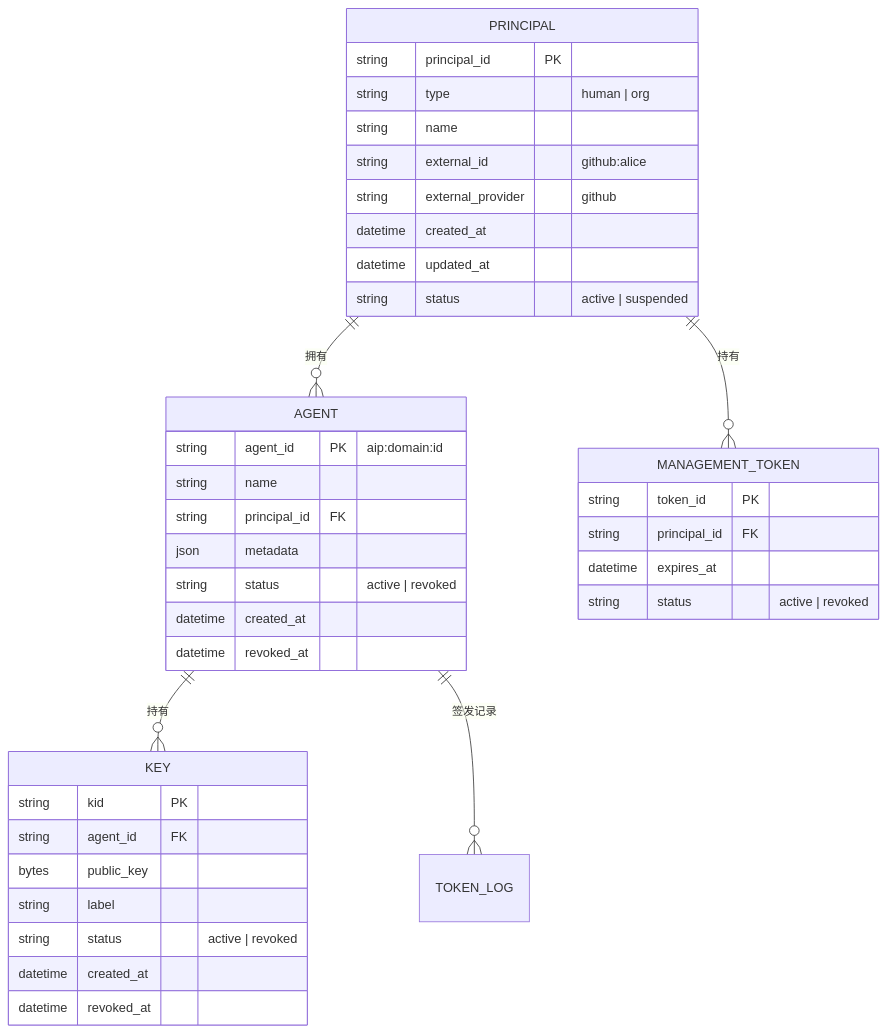
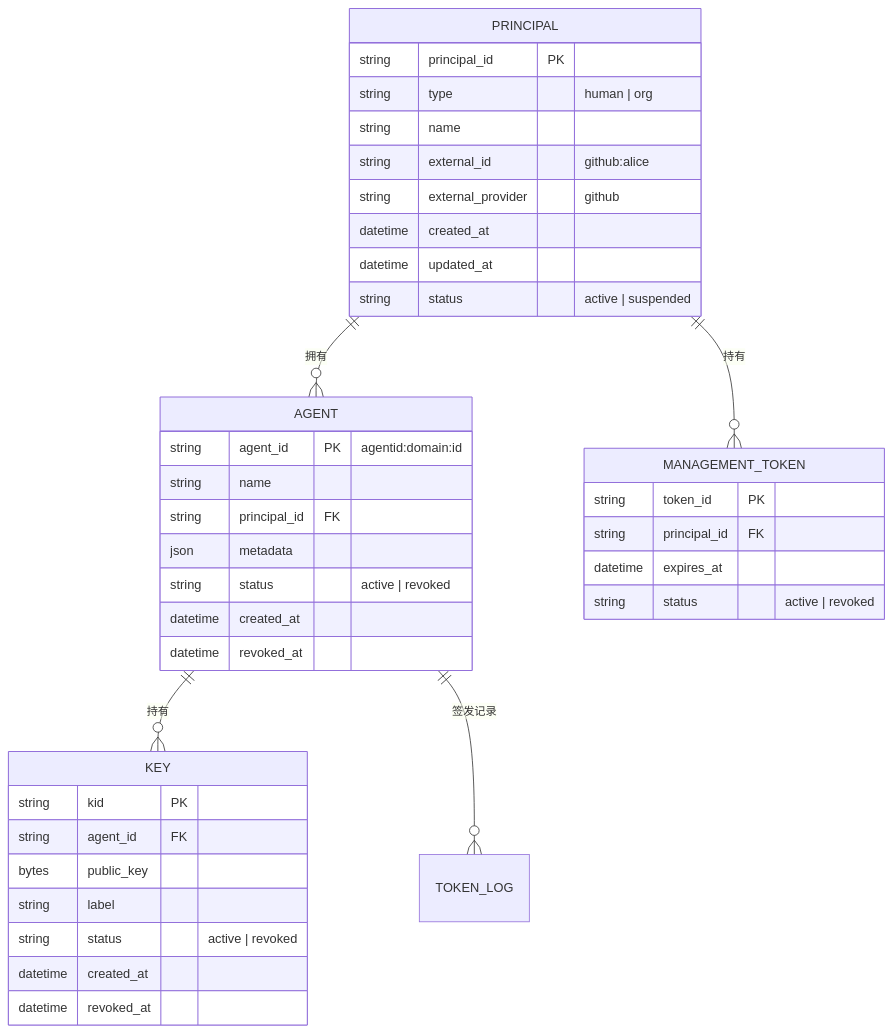
The second of 6 diagrams in design/2026-03-31-idp-implementation-guide.zh.md (agentscope-ai/agent-identity), drawn with Mermaid before and after one commit. The commit also changed other lines of this file and 12 other files, not shown here.

First line of the commit message:
URN scheme: aip:* → agentid:*

````diff
--- a/design/2026-03-31-idp-implementation-guide.zh.md
+++ b/design/2026-03-31-idp-implementation-guide.zh.md
@@ -466,45 +466,45 @@
 ```mermaid
 erDiagram
     PRINCIPAL ||--o{ AGENT : "拥有"
     AGENT ||--o{ KEY : "持有"
     AGENT ||--o{ TOKEN_LOG : "签发记录"
     PRINCIPAL ||--o{ MANAGEMENT_TOKEN : "持有"
 
     PRINCIPAL {
         string principal_id PK
         string type "human | org"
         string name
         string external_id "github:alice"
         string external_provider "github"
         datetime created_at
         datetime updated_at
         string status "active | suspended"
     }
 
     AGENT {
-        string agent_id PK "aip:domain:id"
+        string agent_id PK "agentid:domain:id"
         string name
         string principal_id FK
         json metadata
         string status "active | revoked"
         datetime created_at
         datetime revoked_at
     }
 
     KEY {
         string kid PK
         string agent_id FK
         bytes public_key
         string label
         string status "active | revoked"
         datetime created_at
         datetime revoked_at
     }
 
     MANAGEMENT_TOKEN {
         string token_id PK
         string principal_id FK
         datetime expires_at
         string status "active | revoked"
     }
 ```
````
